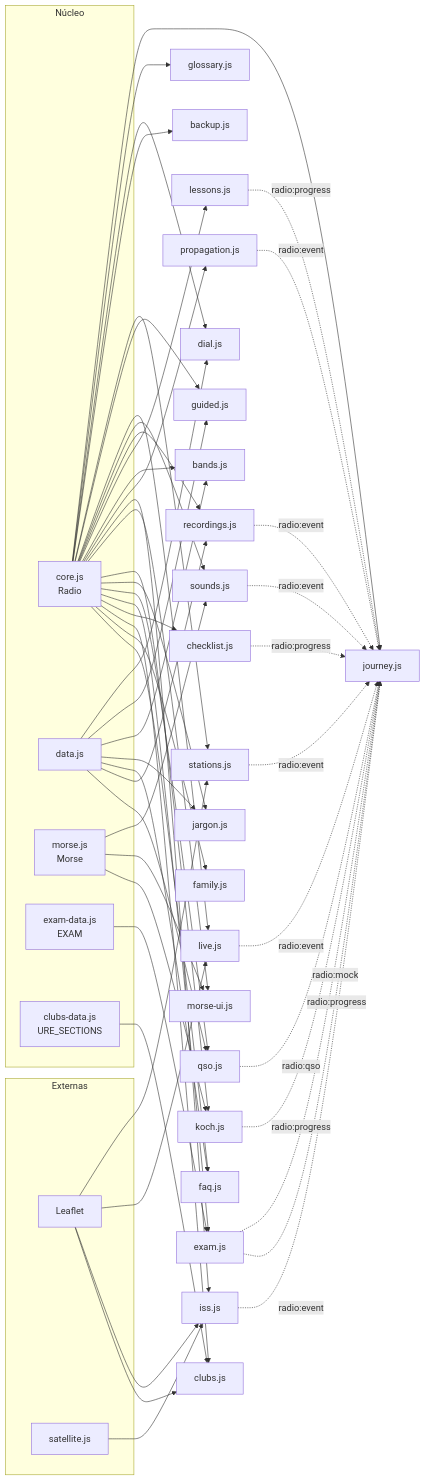
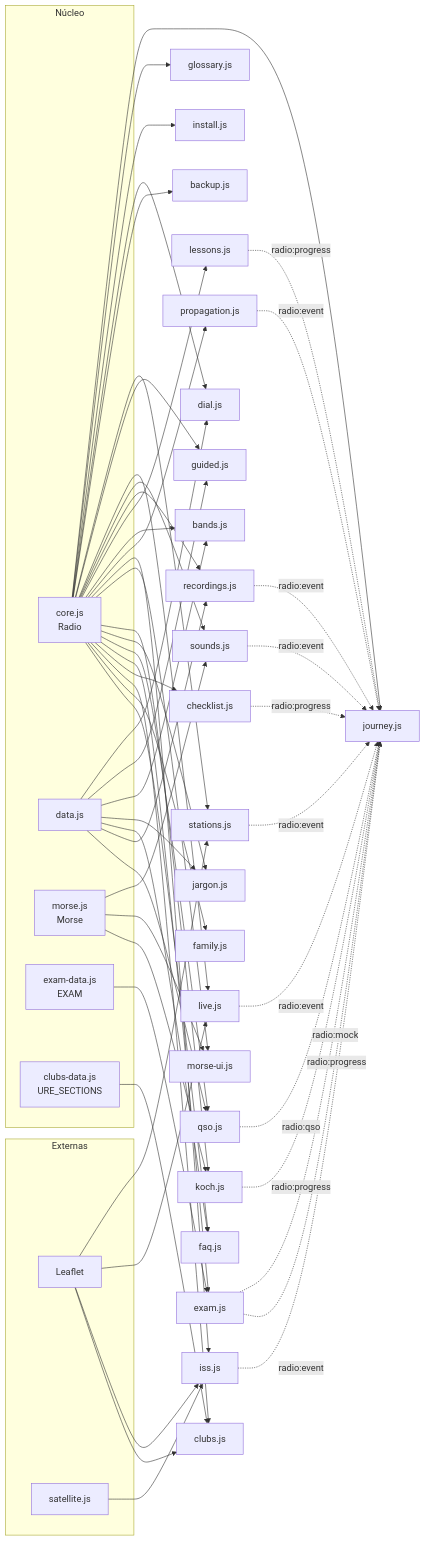
One commit to serbenda/radio changed the diagram in docs/MODULOS.md. Above: the diagram before and after it, drawn with Mermaid. The commit also changed other lines of this file and 24 other files, not shown here.

````diff
--- a/docs/MODULOS.md
+++ b/docs/MODULOS.md
@@ -9,32 +9,32 @@
 ```mermaid
 flowchart LR
   subgraph Externas
     LF[Leaflet]
     SAT[satellite.js]
   end
   subgraph Núcleo
     CORE[core.js<br/>Radio]
     DATA[data.js]
     MORSE[morse.js<br/>Morse]
     EXD[exam-data.js<br/>EXAM]
     CLD[clubs-data.js<br/>URE_SECTIONS]
   end
   J[journey.js]
   G[glossary.js]
-  CORE --> J & G
+  CORE --> J & G & INS[install.js]
   CORE --> DIAL[dial.js] & BK[backup.js]
   CORE --> ST[stations.js] & GU[guided.js] & LI[live.js] & SO[sounds.js] & RE[recordings.js]
   CORE --> LE[lessons.js] & BA[bands.js] & PR[propagation.js] & IS[iss.js]
   CORE --> MU[morse-ui.js] & KO[koch.js] & JA[jargon.js] & QS[qso.js]
   CORE --> EX[exam.js] & CH[checklist.js] & CL[clubs.js] & FA[family.js] & FQ[faq.js]
   DATA --> DIAL & GU & BA & JA & FQ & RE & QS
   MORSE --> SO & MU & KO
   EXD --> EX
   CLD --> CL
   LF --> ST & LI & IS & CL
   SAT --> IS
   ST & SO & RE & PR & LI & IS -. radio:event .-> J
   QS -. radio:qso .-> J
   EX -. radio:mock .-> J
   LE & KO & EX & CH -. radio:progress .-> J
 ```
````
